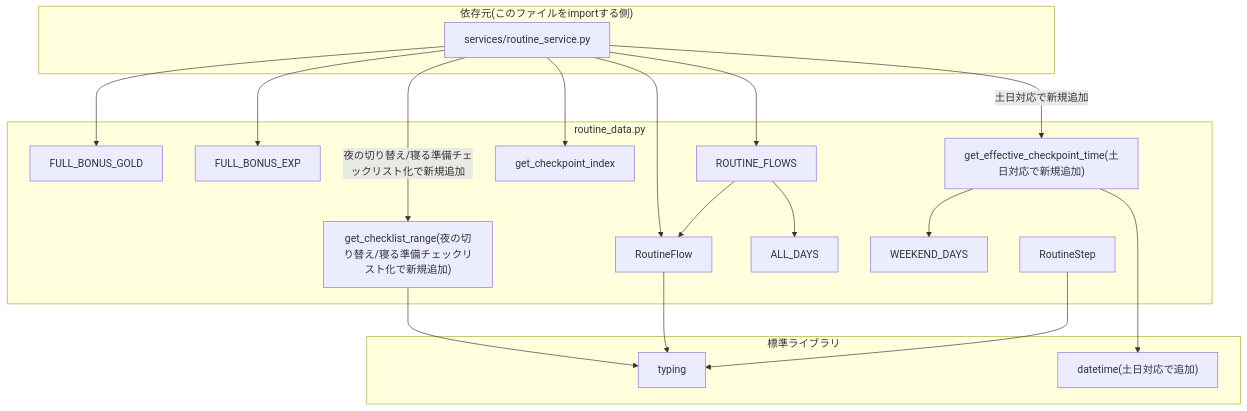
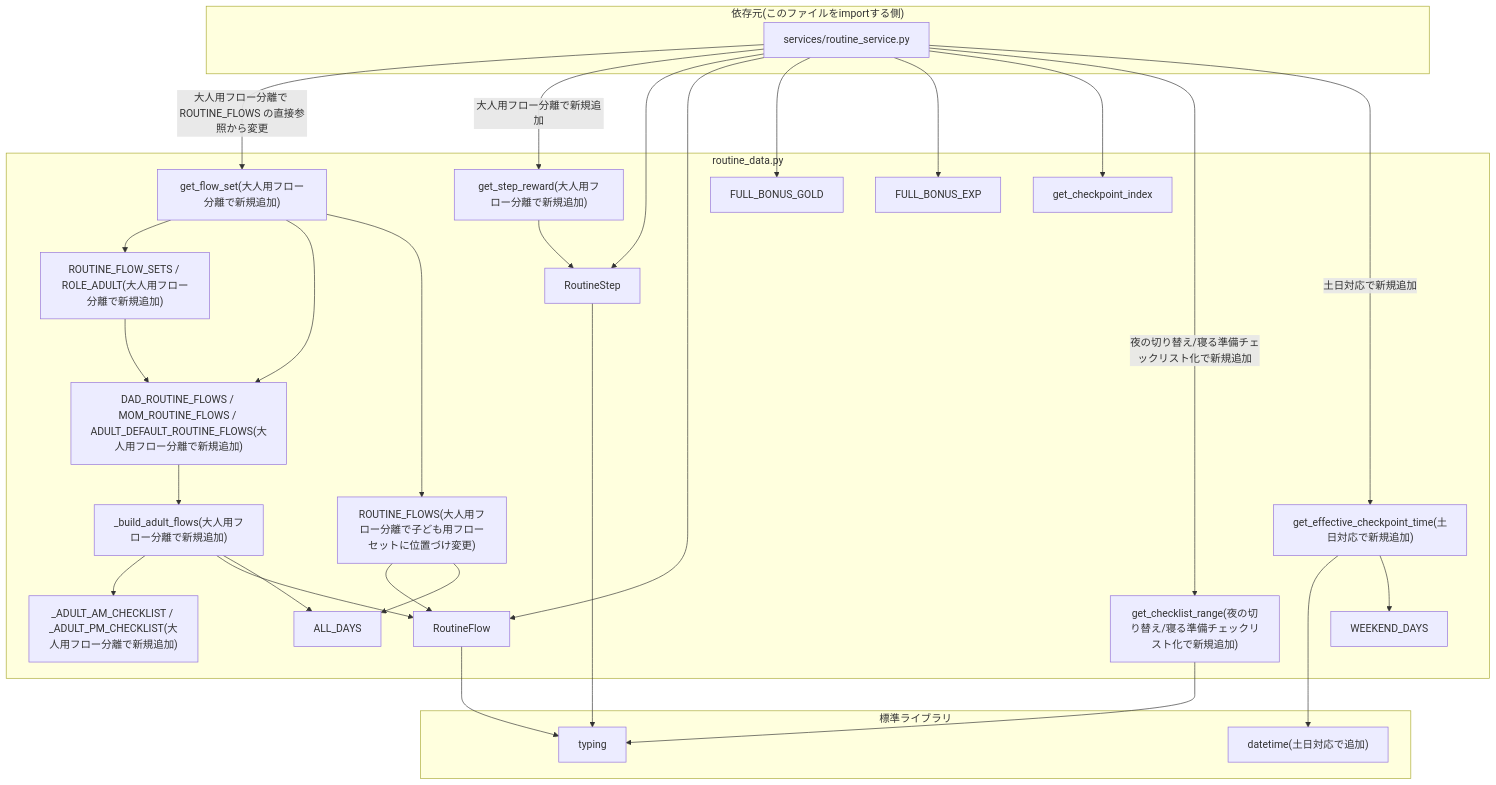
One commit to mmtigers/my_python_project changed the second of 2 diagrams in docs/specifications/MY_HOME_SYSTEM/routine_data.md. Above: the diagram before and after it, drawn with Mermaid. The commit also changed other lines of this file and 19 other files, not shown here.

````diff
--- a/docs/specifications/MY_HOME_SYSTEM/routine_data.md
+++ b/docs/specifications/MY_HOME_SYSTEM/routine_data.md
@@ -261,40 +389,58 @@
 ```mermaid
 graph TD
     subgraph "routine_data.py"
         RoutineStep
         RoutineFlow
         ALL_DAYS
         WEEKEND_DAYS
         FULL_BONUS_GOLD
         FULL_BONUS_EXP
-        ROUTINE_FLOWS
+        ROUTINE_FLOWS["ROUTINE_FLOWS(大人用フロー分離で子ども用フローセットに位置づけ変更)"]
+        AdultChecklists["_ADULT_AM_CHECKLIST / _ADULT_PM_CHECKLIST(大人用フロー分離で新規追加)"]
+        build_adult_flows["_build_adult_flows(大人用フロー分離で新規追加)"]
+        AdultFlows["DAD_ROUTINE_FLOWS / MOM_ROUTINE_FLOWS / ADULT_DEFAULT_ROUTINE_FLOWS(大人用フロー分離で新規追加)"]
+        ROUTINE_FLOW_SETS["ROUTINE_FLOW_SETS / ROLE_ADULT(大人用フロー分離で新規追加)"]
+        get_flow_set["get_flow_set(大人用フロー分離で新規追加)"]
+        get_step_reward["get_step_reward(大人用フロー分離で新規追加)"]
         get_checkpoint_index
         get_checklist_range["get_checklist_range(夜の切り替え/寝る準備チェックリスト化で新規追加)"]
         get_effective_checkpoint_time["get_effective_checkpoint_time(土日対応で新規追加)"]
     end
 
     subgraph "標準ライブラリ"
         typing
         datetime["datetime(土日対応で追加)"]
     end
 
     subgraph "依存元(このファイルをimportする側)"
         routine_service["services/routine_service.py"]
     end
 
     RoutineStep --> typing
     RoutineFlow --> typing
     ROUTINE_FLOWS --> RoutineFlow
     ROUTINE_FLOWS --> ALL_DAYS
     get_checklist_range --> typing
     get_effective_checkpoint_time --> datetime
     get_effective_checkpoint_time --> WEEKEND_DAYS
 
-    routine_service --> ROUTINE_FLOWS
+    build_adult_flows --> AdultChecklists
+    build_adult_flows --> RoutineFlow
+    build_adult_flows --> ALL_DAYS
+    AdultFlows --> build_adult_flows
+    ROUTINE_FLOW_SETS --> AdultFlows
+    get_flow_set --> ROUTINE_FLOW_SETS
+    get_flow_set --> AdultFlows
+    get_flow_set --> ROUTINE_FLOWS
+    get_step_reward --> RoutineStep
+
+    routine_service -->|"大人用フロー分離で ROUTINE_FLOWS の直接参照から変更"| get_flow_set
+    routine_service -->|"大人用フロー分離で新規追加"| get_step_reward
+    routine_service --> RoutineStep
     routine_service --> RoutineFlow
     routine_service --> FULL_BONUS_GOLD
     routine_service --> FULL_BONUS_EXP
     routine_service --> get_checkpoint_index
     routine_service -->|"夜の切り替え/寝る準備チェックリスト化で新規追加"| get_checklist_range
     routine_service -->|"土日対応で新規追加"| get_effective_checkpoint_time
 ```
````
